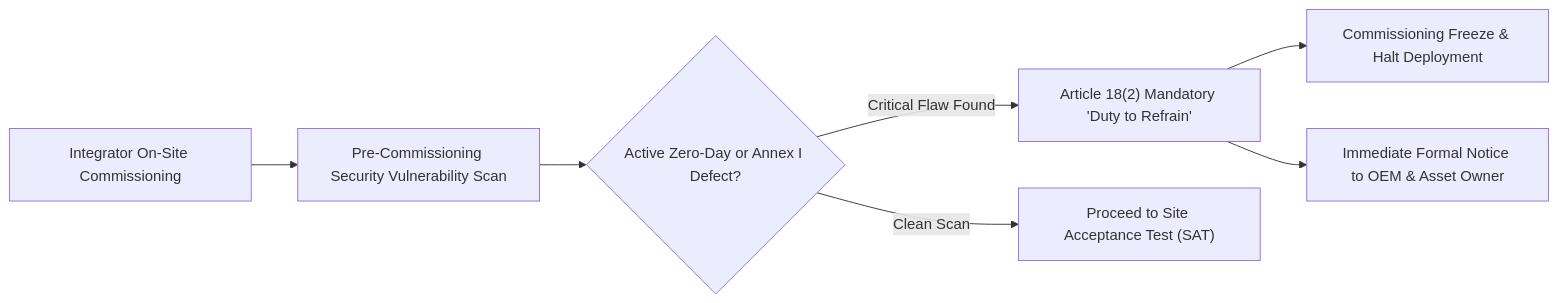
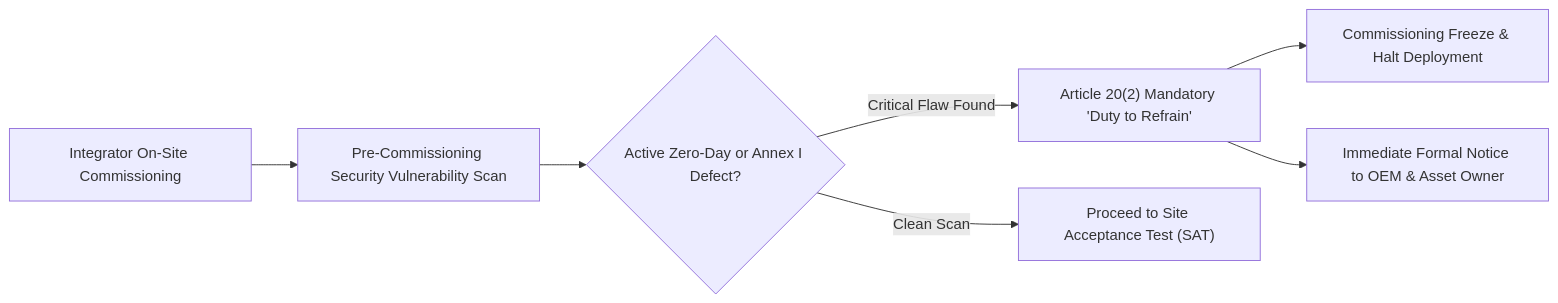
Before and after one commit to Planet9V/OXOT_Website_Conformity_Application: the diagram in docs/cra_podcast/blogs/BLOG_EP_2.02_ep-2.02-article-18-2-duty-to-refrain-when-integrators-must.md, drawn with Mermaid. The commit also changed other lines of this file and 98 other files, not shown here.

````diff
--- a/docs/cra_podcast/blogs/BLOG_EP_2.02_ep-2.02-article-18-2-duty-to-refrain-when-integrators-must.md
+++ b/docs/cra_podcast/blogs/BLOG_EP_2.02_ep-2.02-article-18-2-duty-to-refrain-when-integrators-must.md
@@ -67,9 +67,9 @@
 ```mermaid
 graph LR
     A["Integrator On-Site Commissioning"] --> B["Pre-Commissioning Security Vulnerability Scan"]
     B --> C{"Active Zero-Day or Annex I Defect?"}
-    C -->|"Critical Flaw Found"| D["Article 18(2) Mandatory 'Duty to Refrain'"]
+    C -->|"Critical Flaw Found"| D["Article 20(2) Mandatory 'Duty to Refrain'"]
     D --> E["Commissioning Freeze & Halt Deployment"]
     D --> F["Immediate Formal Notice to OEM & Asset Owner"]
     C -->|"Clean Scan"| G["Proceed to Site Acceptance Test (SAT)"]
 ```
````
